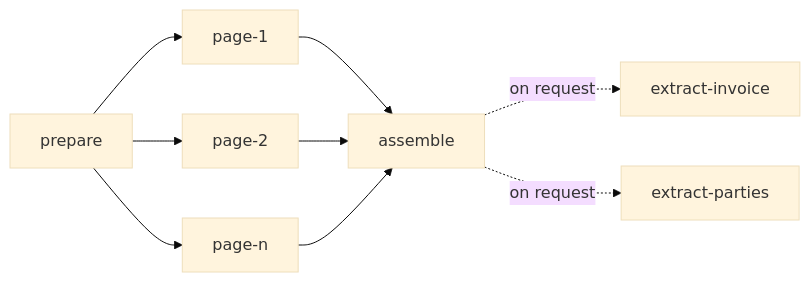
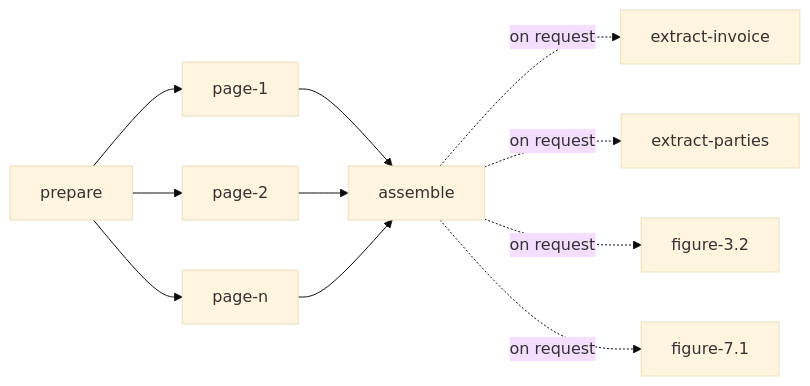
One commit to latere-ai/lectio changed the diagram in specs/005-parse-graph.md. Above: the diagram before and after it, drawn with Mermaid (base theme). The commit also changed other lines of this file and 7 other files, not shown here.

Commit message:
specs: 011 states how an extraction runs, one call a claim, and what a field is; 003, 004, 005, 007 and 013 state the figure run and the work on an ended parse, with the test that proves each row

````diff
--- a/specs/005-parse-graph.md
+++ b/specs/005-parse-graph.md
@@ -52,6 +52,7 @@
 ```mermaid
 flowchart LR
   prepare --> p1["page-1"] & p2["page-2"] & pn["page-n"]
   p1 & p2 & pn --> assemble
   assemble -. "on request" .-> e1["extract-invoice"] & e2["extract-parties"]
+  assemble -. "on request" .-> f1["figure-3.2"] & f2["figure-7.1"]
 ```
````
